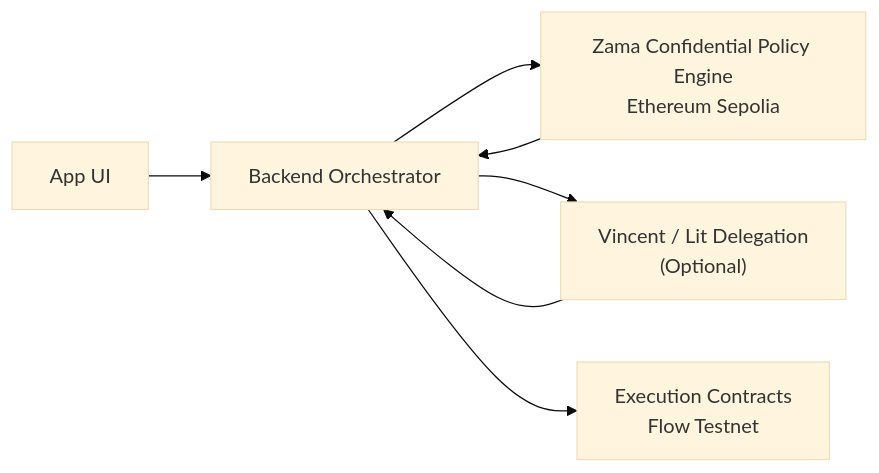
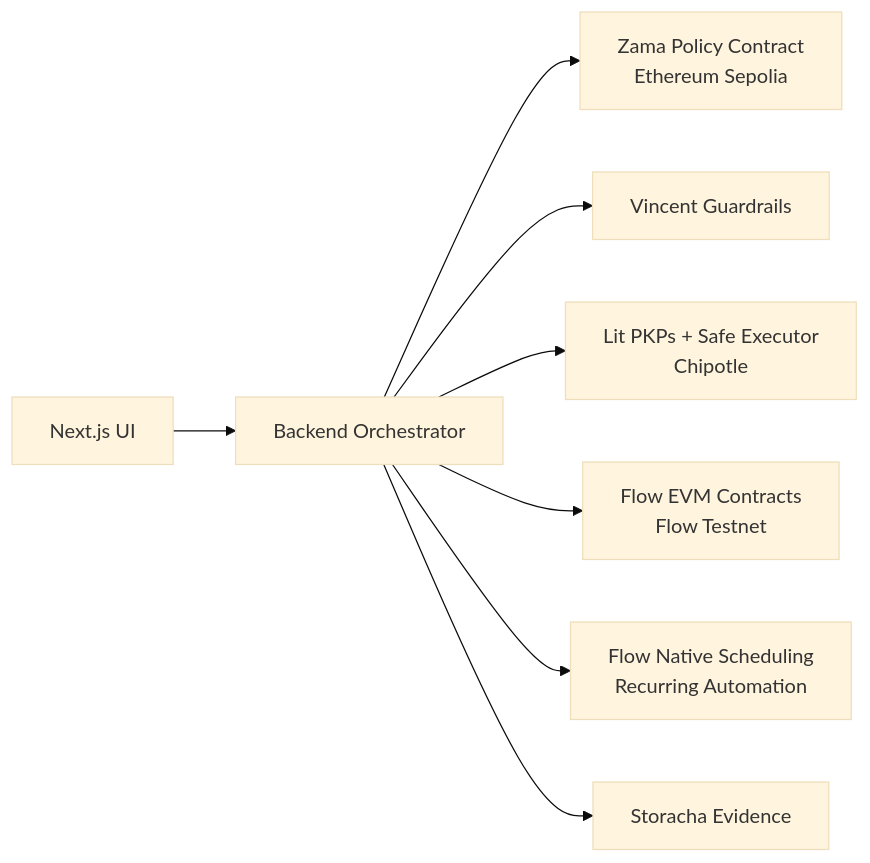
Before and after one commit to Naveen-807/OnlyTeens: the diagram in README.md, drawn with Mermaid (base theme). The commit also changed other lines of this file and 2 other files, not shown here.

````diff
--- a/README.md
+++ b/README.md
@@ -66,15 +24,19 @@
 ```mermaid
 flowchart LR
-  UI["App UI"]
+  UI["Next.js UI"]
   ORCH["Backend Orchestrator"]
-  ZAMA["Zama Confidential Policy Engine<br/>Ethereum Sepolia"]
-  VINCENT["Vincent / Lit Delegation<br/>(Optional)"]
-  FLOW["Execution Contracts<br/>Flow Testnet"]
+  ZAMA["Zama Policy Contract<br/>Ethereum Sepolia"]
+  LIT["Lit PKPs + Safe Executor<br/>Chipotle"]
+  VINCENT["Vincent Guardrails"]
+  FLOW["Flow EVM Contracts<br/>Flow Testnet"]
+  FLOWNATIVE["Flow Native Scheduling<br/>Recurring Automation"]
+  STORACHA["Storacha Evidence"]
 
   UI --> ORCH
   ORCH --> ZAMA
-  ZAMA --> ORCH
   ORCH --> VINCENT
-  VINCENT --> ORCH
+  ORCH --> LIT
   ORCH --> FLOW
+  ORCH --> FLOWNATIVE
+  ORCH --> STORACHA
 ```
````
